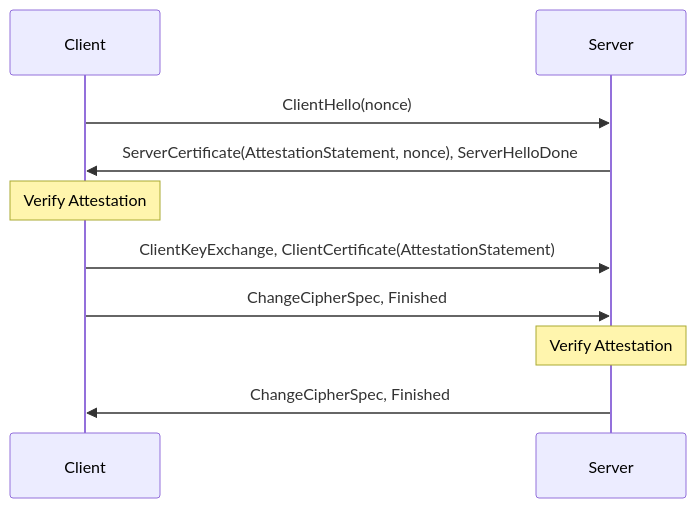
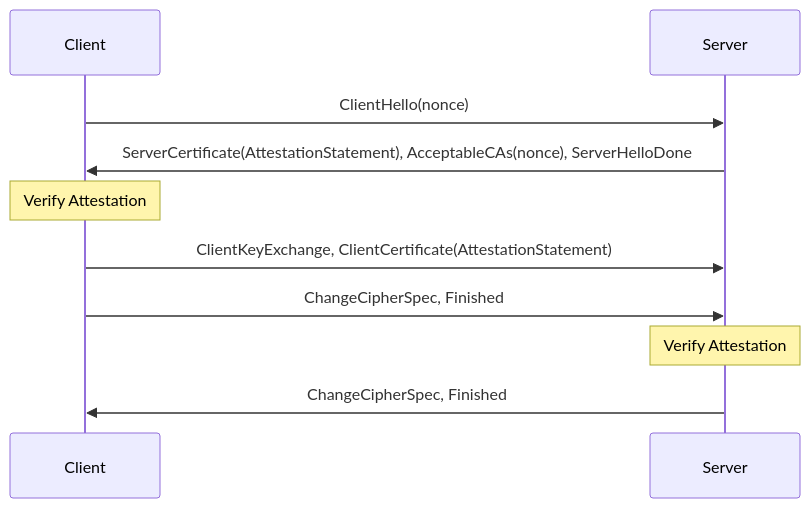
One commit to edgelesssys/constellation changed the third of 3 diagrams in internal/atls/README.md. Above: the diagram before and after it, drawn with Mermaid. The commit also changed other lines of this file and 2 other files, not shown here.

Commit message:
atls: make client cfg reusable

````diff
--- a/internal/atls/README.md
+++ b/internal/atls/README.md
@@ -75,12 +75,12 @@
 ```mermaid
 sequenceDiagram
     participant Client
     participant Server
     Client->>Server: ClientHello(nonce)
-    Server->>Client: ServerCertificate(AttestationStatement, nonce), ServerHelloDone
+    Server->>Client: ServerCertificate(AttestationStatement), AcceptableCAs(nonce), ServerHelloDone
     Note over Client: Verify Attestation
     Client->>Server: ClientKeyExchange, ClientCertificate(AttestationStatement)
     Client->>Server: ChangeCipherSpec, Finished
     Note over Server: Verify Attestation
     Server->>Client: ChangeCipherSpec, Finished
 ```
````
